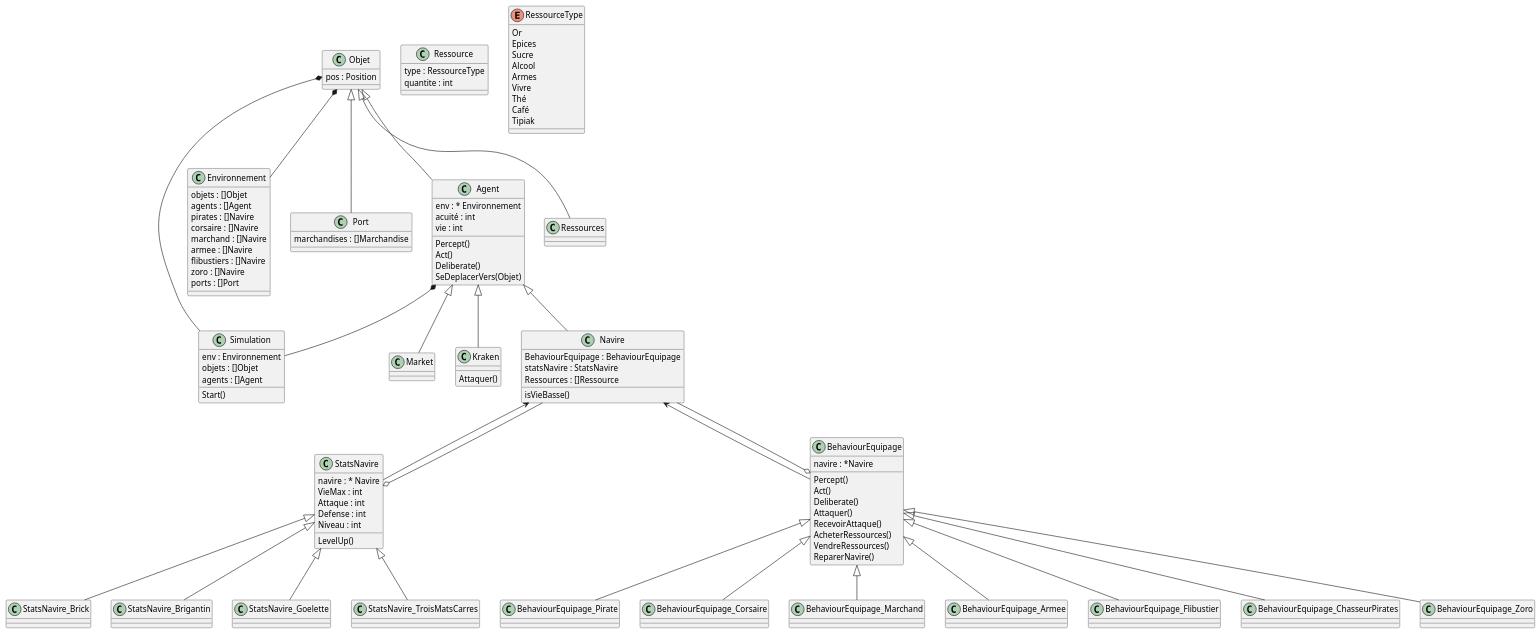
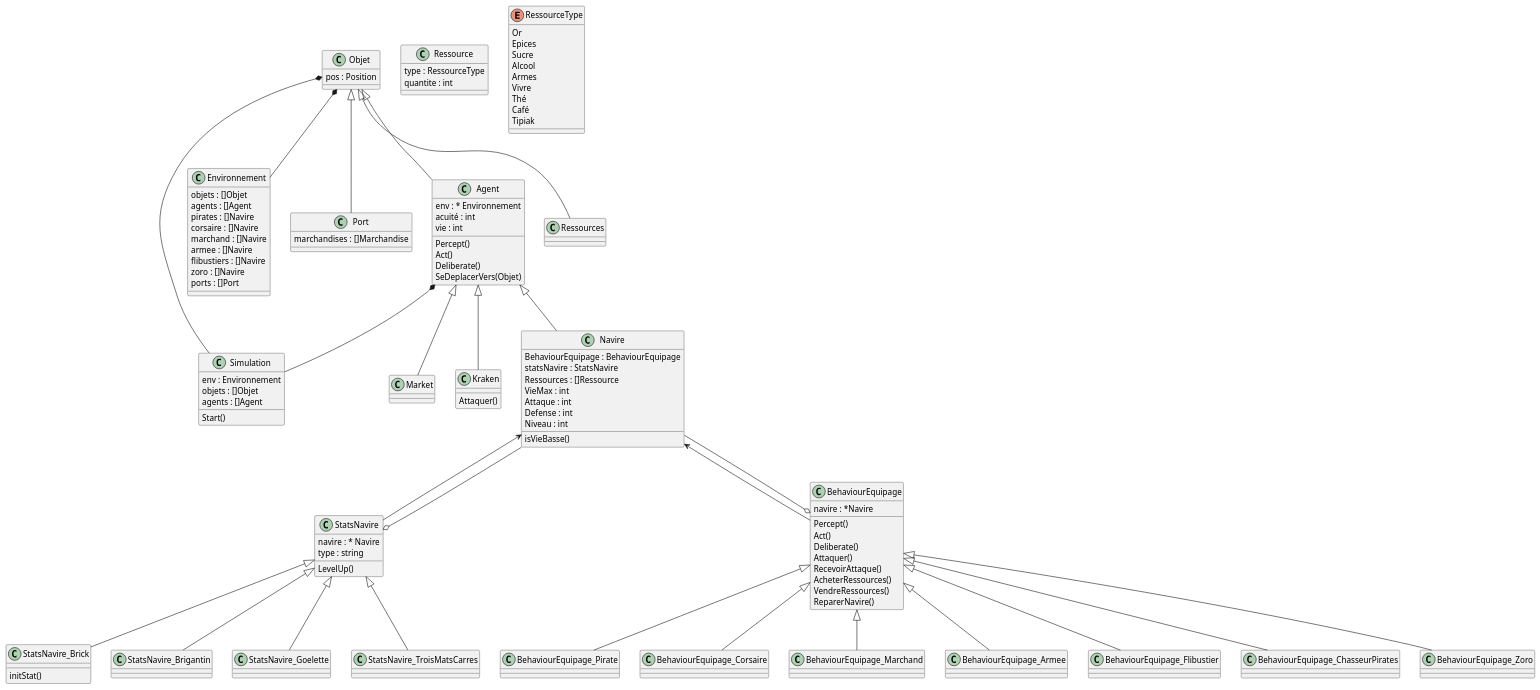
Before and after one commit to LLrnz/Pirate-NPC-Behavior-Simulation: the diagram in simulationPirates.plantuml, drawn with PlantUML.

```diff
--- a/simulationPirates.plantuml
+++ b/simulationPirates.plantuml
@@ -1,167 +1,169 @@
 @startuml ^Simulation Pirates^
 
 class Simulation {
     env : Environnement
     objets : []Objet
     agents : []Agent
 
     Start()
 }
 
 class Environnement {
     objets : []Objet
     agents : []Agent
     pirates : []Navire
     corsaire : []Navire
     marchand : []Navire
     armee : []Navire
     flibustiers : []Navire
     zoro : []Navire
     ports : []Port
 }
 
 class Objet {
     pos : Position
 }
 
 class Port {
     marchandises : []Marchandise
 }
 
 class Ressource {
     type : RessourceType
     quantite : int
 }
 
 enum RessourceType {
     Or
     Epices
     Sucre
     Alcool
     Armes
     Vivre
     Thé
     Café
     Tipiak
 }
 
 class Market {
     
 }
 
 class Agent {
     env : * Environnement
     acuité : int
     vie : int
 
     Percept()
     Act()
     Deliberate()
     SeDeplacerVers(Objet)
 }
 
 
 class Kraken {
     
     Attaquer()
 }
 
 class Navire {
     BehaviourEquipage : BehaviourEquipage
     statsNavire : StatsNavire
     Ressources : []Ressource
+    VieMax : int
+    Attaque : int
+    Defense : int
+    Niveau : int
 
     isVieBasse()
 }
 
 class StatsNavire {
     navire : * Navire
-    VieMax : int
-    Attaque : int
-    Defense : int
-    Niveau : int
+    type : string
 
     LevelUp()
 }
 
 class StatsNavire_Brick {
+    initStat()
 }
 
 class StatsNavire_Brigantin {
 }
 
 class StatsNavire_Goelette {
 }
 
 class StatsNavire_TroisMatsCarres {
 }
 
 class BehaviourEquipage {
     navire : *Navire
 
     Percept()
     Act()
     Deliberate()
     Attaquer()
     RecevoirAttaque()
     AcheterRessources()
     VendreRessources()
     ReparerNavire()
 }
 
 class BehaviourEquipage_Pirate {
 }
 
 class BehaviourEquipage_Corsaire {
 }
 
 class BehaviourEquipage_Marchand {
 }
 
 class BehaviourEquipage_Armee {
 }
 
 class BehaviourEquipage_Flibustier {
 }
 
 class BehaviourEquipage_ChasseurPirates {
 }
 
 class BehaviourEquipage_Zoro {
 }
 
 
 
 
 
 
 Objet *-- Simulation
 Objet *-- Environnement
 Objet <|-- Agent
 Objet <|-- Port
 Objet <|-- Ressources
 
 Agent *-- Simulation
 Agent <|-- Kraken
 Agent <|-- Navire
 Agent <|-- Market
 
 Navire <-- BehaviourEquipage
 Navire <-- StatsNavire
 
 BehaviourEquipage o-- Navire
 BehaviourEquipage <|--  BehaviourEquipage_Armee
 BehaviourEquipage <|--  BehaviourEquipage_ChasseurPirates
 BehaviourEquipage <|--  BehaviourEquipage_Corsaire
 BehaviourEquipage <|--  BehaviourEquipage_Flibustier
 BehaviourEquipage <|--  BehaviourEquipage_Marchand
 BehaviourEquipage <|--  BehaviourEquipage_Pirate
 BehaviourEquipage <|--  BehaviourEquipage_Zoro
 
 StatsNavire o-- Navire
 StatsNavire <|-- StatsNavire_Brick
 StatsNavire <|-- StatsNavire_Brigantin
 StatsNavire <|-- StatsNavire_Goelette
 StatsNavire <|-- StatsNavire_TroisMatsCarres
 
 @enduml
```
